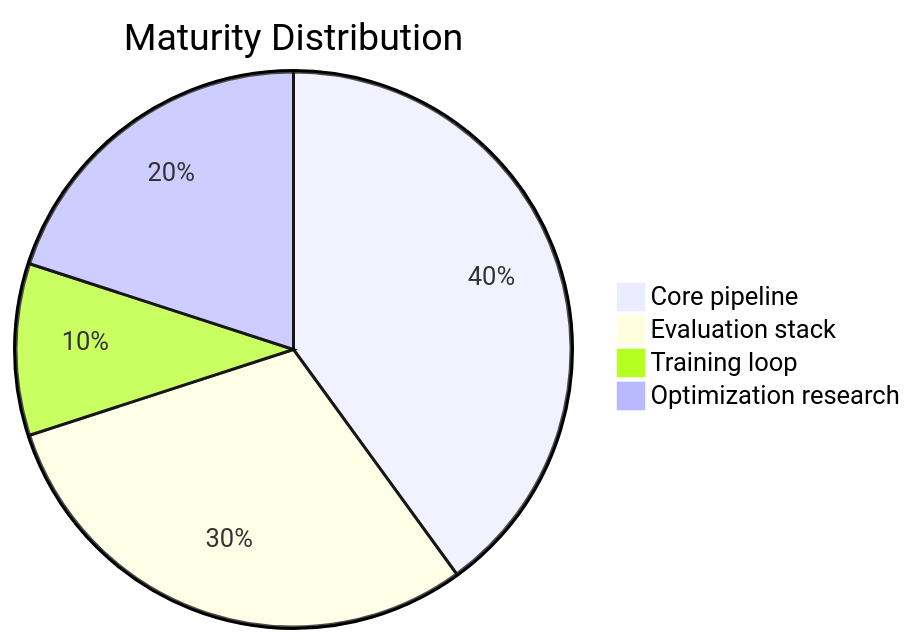
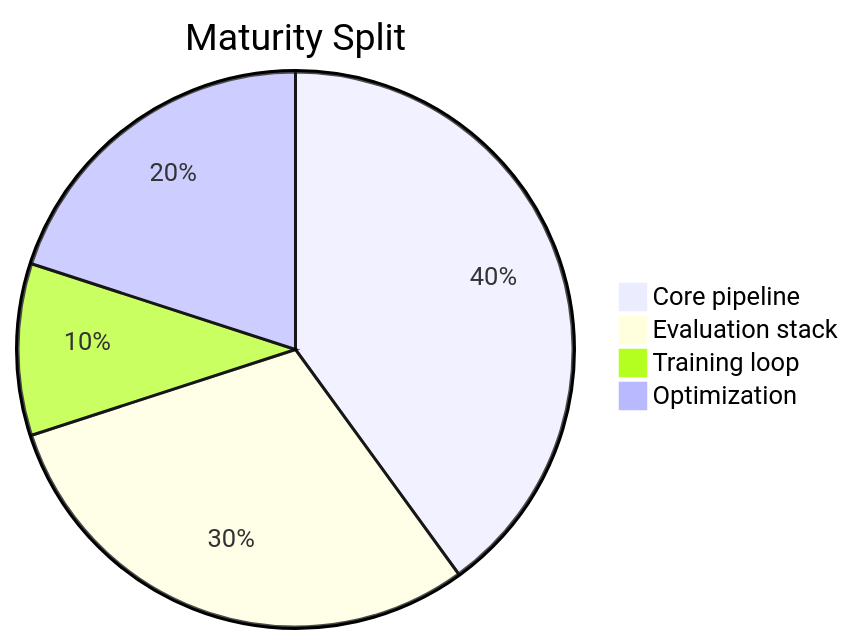
Before and after one commit to tanaymitra54/samsung_backup: diagram 15 of 15 in README.md, drawn with Mermaid. The commit also changed other lines of this file, not shown here.

Commit message:
Simplify README Mermaid diagrams: shorter labels, cleaner visuals, less text

````diff
--- a/README.md
+++ b/README.md
@@ -523,7 +475,7 @@
 ```mermaid
-pie title Maturity Distribution
+pie title Maturity Split
     "Core pipeline" : 40
     "Evaluation stack" : 30
     "Training loop" : 10
-    "Optimization research" : 20
+    "Optimization" : 20
 ```
````
